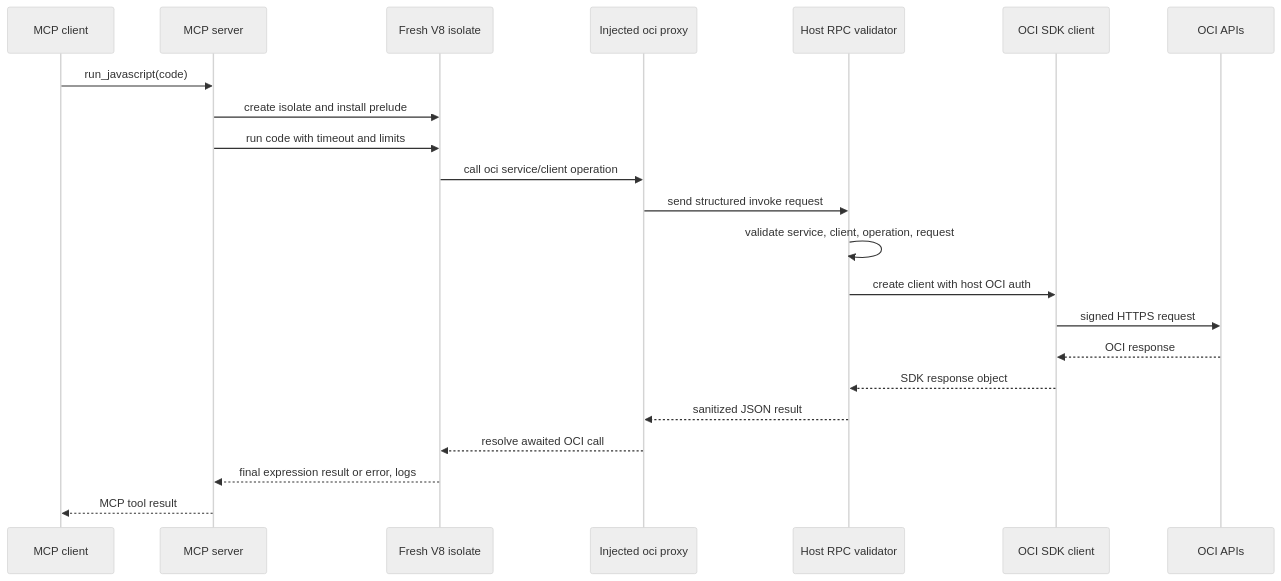
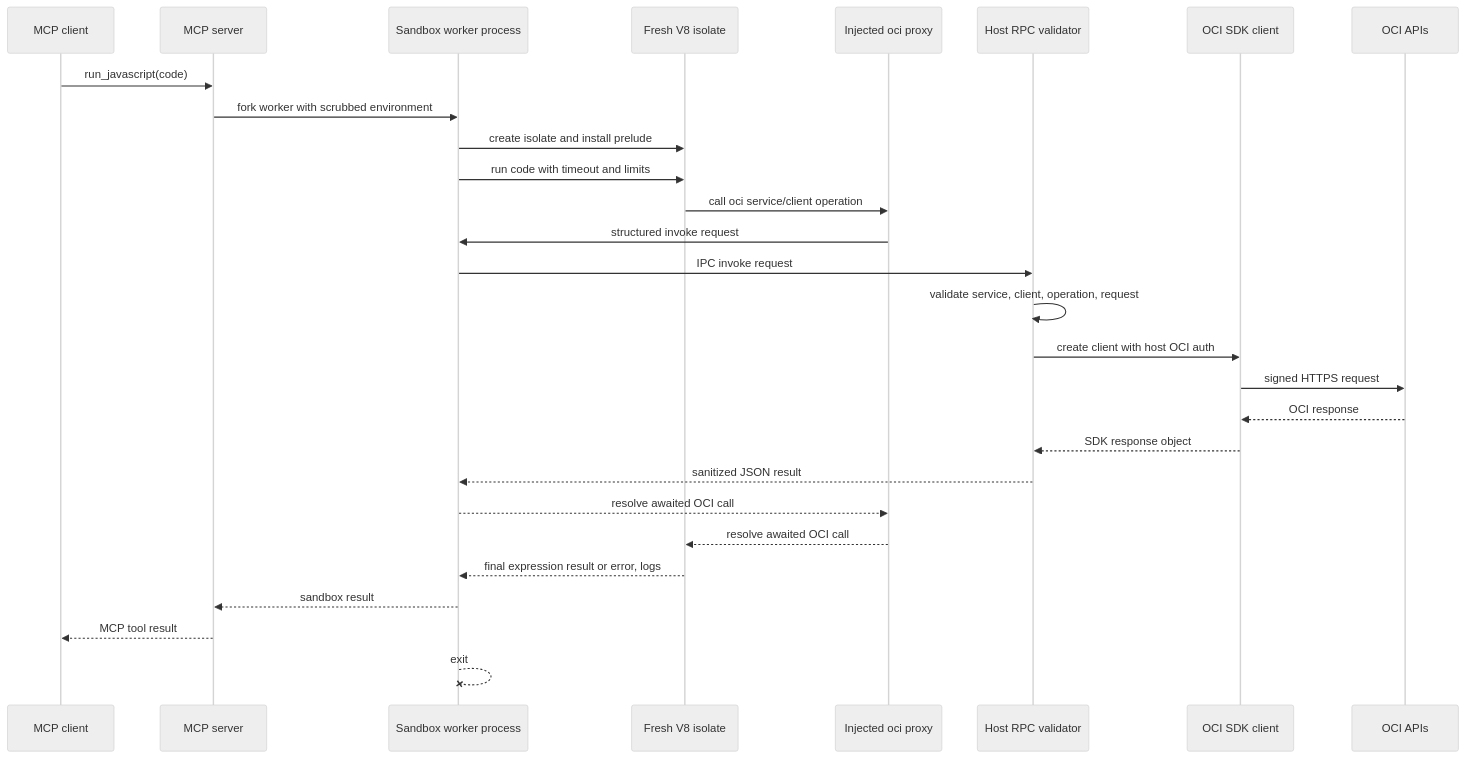
The second of 2 diagrams in src/oci-javascript-mcp-server/README.md (oracle/mcp), drawn with Mermaid (neutral theme) before and after one commit. The commit also changed other lines of this file and 12 other files, not shown here.

Commit message:
fix: harden JavaScript sandbox using process isolation

````diff
--- a/src/oci-javascript-mcp-server/README.md
+++ b/src/oci-javascript-mcp-server/README.md
@@ -53,25 +56,31 @@
 ```mermaid
 sequenceDiagram
   participant Client as MCP client
   participant Server as MCP server
+  participant Worker as Sandbox worker process
   participant Isolate as Fresh V8 isolate
   participant Proxy as Injected oci proxy
   participant Host as Host RPC validator
   participant SDK as OCI SDK client
   participant OCI as OCI APIs
 
   Client->>Server: run_javascript(code)
-  Server->>Isolate: create isolate and install prelude
-  Server->>Isolate: run code with timeout and limits
+  Server->>Worker: fork worker with scrubbed environment
+  Worker->>Isolate: create isolate and install prelude
+  Worker->>Isolate: run code with timeout and limits
   Isolate->>Proxy: call oci service/client operation
-  Proxy->>Host: send structured invoke request
+  Proxy->>Worker: structured invoke request
+  Worker->>Host: IPC invoke request
   Host->>Host: validate service, client, operation, request
   Host->>SDK: create client with host OCI auth
   SDK->>OCI: signed HTTPS request
   OCI-->>SDK: OCI response
   SDK-->>Host: SDK response object
-  Host-->>Proxy: sanitized JSON result
+  Host-->>Worker: sanitized JSON result
+  Worker-->>Proxy: resolve awaited OCI call
   Proxy-->>Isolate: resolve awaited OCI call
-  Isolate-->>Server: final expression result or error, logs
+  Isolate-->>Worker: final expression result or error, logs
+  Worker-->>Server: sandbox result
   Server-->>Client: MCP tool result
+  Worker--xWorker: exit
 ```
````
